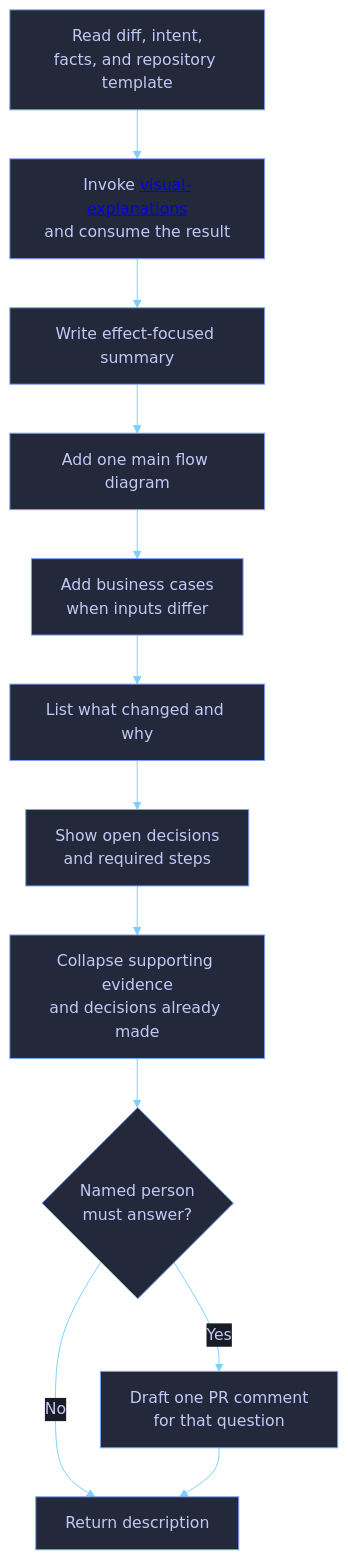
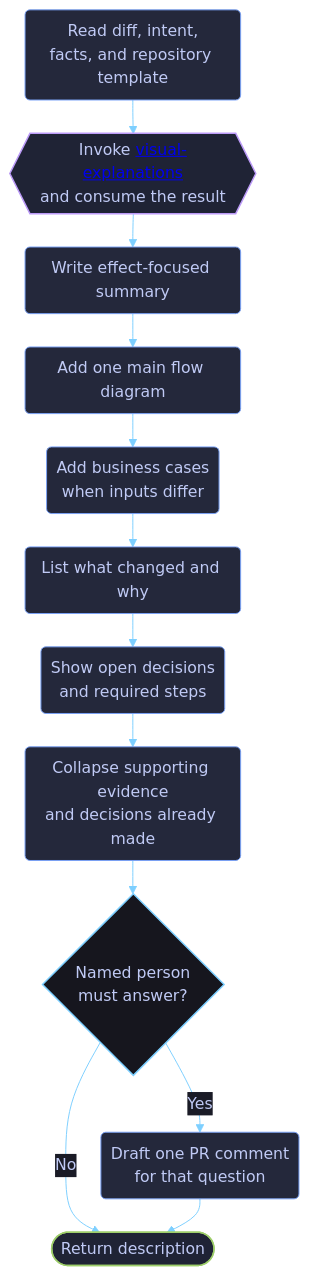
Before and after one commit to dvo-dev/copilot-guidance: the first of 2 diagrams in docs/skill-workflows/pr-descriptions.md, drawn with Mermaid. The commit also changed other lines of this file and 10 other files, not shown here.

Commit message:
Polish workflow diagrams and stable links

````diff
--- a/docs/skill-workflows/pr-descriptions.md
+++ b/docs/skill-workflows/pr-descriptions.md
@@ -14,16 +14,25 @@
 ```mermaid
-%%{init: {"theme":"base","themeVariables":{"background":"#1a1b26","primaryColor":"#24283b","primaryTextColor":"#c0caf5","primaryBorderColor":"#7aa2f7","secondaryColor":"#1f2335","secondaryTextColor":"#c0caf5","secondaryBorderColor":"#bb9af7","tertiaryColor":"#16161e","tertiaryTextColor":"#c0caf5","tertiaryBorderColor":"#7dcfff","lineColor":"#7dcfff","textColor":"#c0caf5","mainBkg":"#24283b","nodeBorder":"#7aa2f7","clusterBkg":"#16161e","clusterBorder":"#565f89","defaultLinkColor":"#7dcfff","edgeLabelBackground":"#1a1b26","titleColor":"#bb9af7","fontFamily":"ui-monospace, SFMono-Regular, Menlo, Monaco, Consolas, Liberation Mono, monospace"},"flowchart":{"curve":"basis","htmlLabels":true}}}%%
+%%{init: {"theme":"base","themeVariables":{"background":"#1a1b26","primaryColor":"#24283b","primaryTextColor":"#c0caf5","primaryBorderColor":"#7aa2f7","secondaryColor":"#1f2335","secondaryTextColor":"#c0caf5","secondaryBorderColor":"#bb9af7","tertiaryColor":"#16161e","tertiaryTextColor":"#c0caf5","tertiaryBorderColor":"#7dcfff","lineColor":"#7dcfff","textColor":"#c0caf5","mainBkg":"#24283b","nodeBorder":"#7aa2f7","clusterBkg":"#16161e","clusterBorder":"#565f89","defaultLinkColor":"#7dcfff","edgeLabelBackground":"#1a1b26","titleColor":"#bb9af7","fontFamily":"ui-monospace, SFMono-Regular, Menlo, Monaco, Consolas, Liberation Mono, monospace"},"flowchart":{"curve":"basis","htmlLabels":true,"nodeSpacing":30,"rankSpacing":34,"padding":10}}}%%
 flowchart TD
-    A["Read diff, intent,<br/>facts, and repository template"] --> B["Invoke <a href='https://github.com/dvo-dev/copilot-guidance/blob/dvo-dev-document-dev-flows/docs/skill-workflows/visual-explanations.md'>visual-explanations</a><br/>and consume the result"]
-    B --> C["Write effect-focused summary"]
-    C --> D["Add one main flow diagram"]
-    D --> E["Add business cases<br/>when inputs differ"]
-    E --> F["List what changed and why"]
-    F --> G["Show open decisions<br/>and required steps"]
-    G --> H["Collapse supporting evidence<br/>and decisions already made"]
+    A("Read diff, intent,<br/>facts, and repository template") --> B{{"Invoke <a href='https://github.com/dvo-dev/copilot-guidance/blob/main/docs/skill-workflows/visual-explanations.md'>visual-explanations</a><br/>and consume the result"}}
+    B --> C("Write effect-focused summary")
+    C --> D("Add one main flow diagram")
+    D --> E("Add business cases<br/>when inputs differ")
+    E --> F("List what changed and why")
+    F --> G("Show open decisions<br/>and required steps")
+    G --> H("Collapse supporting evidence<br/>and decisions already made")
     H --> I{"Named person<br/>must answer?"}
-    I -->|Yes| J["Draft one PR comment<br/>for that question"]
-    I -->|No| K["Return description"]
+    I -->|Yes| J("Draft one PR comment<br/>for that question")
+    I -->|No| K(["Return description"])
     J --> K
 
+    classDef stage fill:#24283b,stroke:#7aa2f7,stroke-width:1px,color:#c0caf5;
+    classDef delegated fill:#1f2335,stroke:#bb9af7,stroke-width:1.5px,color:#c0caf5;
+    classDef outcome fill:#1f2335,stroke:#9ece6a,stroke-width:1.5px,color:#c0caf5;
+    classDef decision fill:#16161e,stroke:#7dcfff,stroke-width:1.5px,color:#c0caf5;
+    class A,C,D,E,F,G,H,J stage;
+    class B delegated;
+    class K outcome;
+    class I decision;
+
 ```
````
